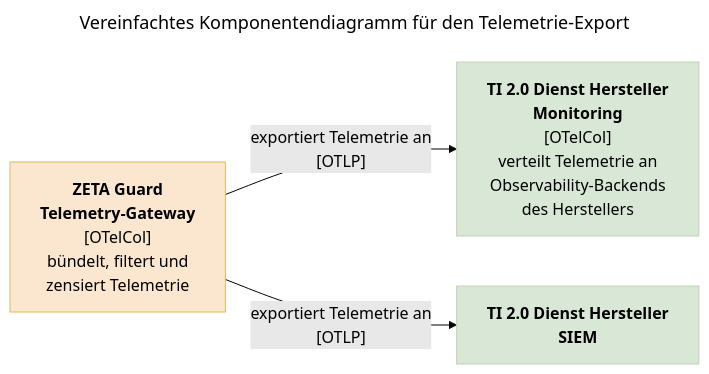
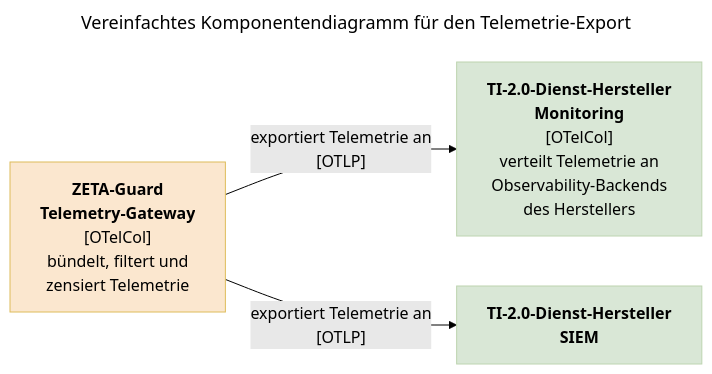
The diagram in docs/user-manual/Anleitungen/Wie_Sie_ein_Observability-Backend_an_ZETA-Guard_anschließen.md (gematik/zeta), drawn with Mermaid (forest theme) before and after one commit. The commit also changed other lines of this file and 51 other files, not shown here.

````diff
--- a/docs/user-manual/Anleitungen/Wie_Sie_ein_Observability-Backend_an_ZETA-Guard_anschließen.md
+++ b/docs/user-manual/Anleitungen/Wie_Sie_ein_Observability-Backend_an_ZETA-Guard_anschließen.md
@@ -22,30 +22,30 @@
 ```mermaid
 ---
 title: Vereinfachtes Komponentendiagramm für den Telemetrie-Export
 ---
 flowchart LR
-    DienstAnbieterMonitoring["`**TI 2.0 Dienst Hersteller
+    DienstAnbieterMonitoring["`**TI-2.0-Dienst-Hersteller
      Monitoring**
      [OTelCol]
      verteilt Telemetrie an
       Observability-Backends
        des Herstellers`"]
-    DienstAnbieterSiem["`**TI 2.0 Dienst Hersteller
+    DienstAnbieterSiem["`**TI-2.0-Dienst-Hersteller
      SIEM**`"]
-    Gateway["`**ZETA Guard
+    Gateway["`**ZETA-Guard
      Telemetry-Gateway**
                     [OTelCol]
                     bündelt, filtert und
                     zensiert Telemetrie`"]
     Gateway -->|"`exportiert Telemetrie an
         [OTLP]`"| DienstAnbieterMonitoring
     Gateway -->|"`exportiert Telemetrie an
         [OTLP]`"| DienstAnbieterSiem
 %% styling
     classDef KomponenteAnwendung fill: #d9e7d6, stroke:#bdd4b0;
     classDef KomponenteBestehend fill: #eeeeee, stroke: black;
     classDef KomponenteZeta fill: #fbe7cf, stroke:#debc5a;
 
     class AuthServer,Gateway,HttpProxy,LogCollector,PolicyEngine KomponenteZeta;
     class DienstAnbieterMonitoring,DienstAnbieterSiem KomponenteAnwendung;
 ```
````
